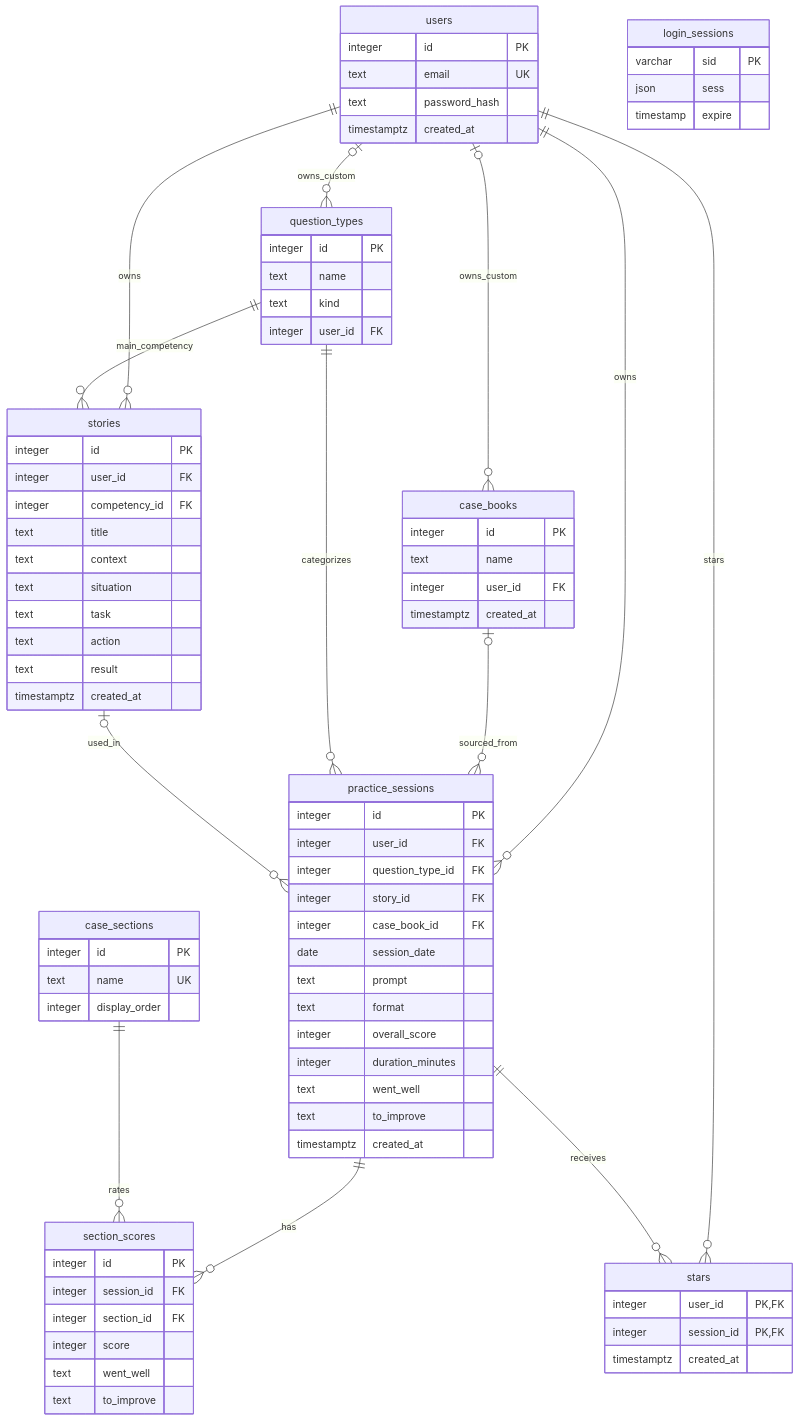
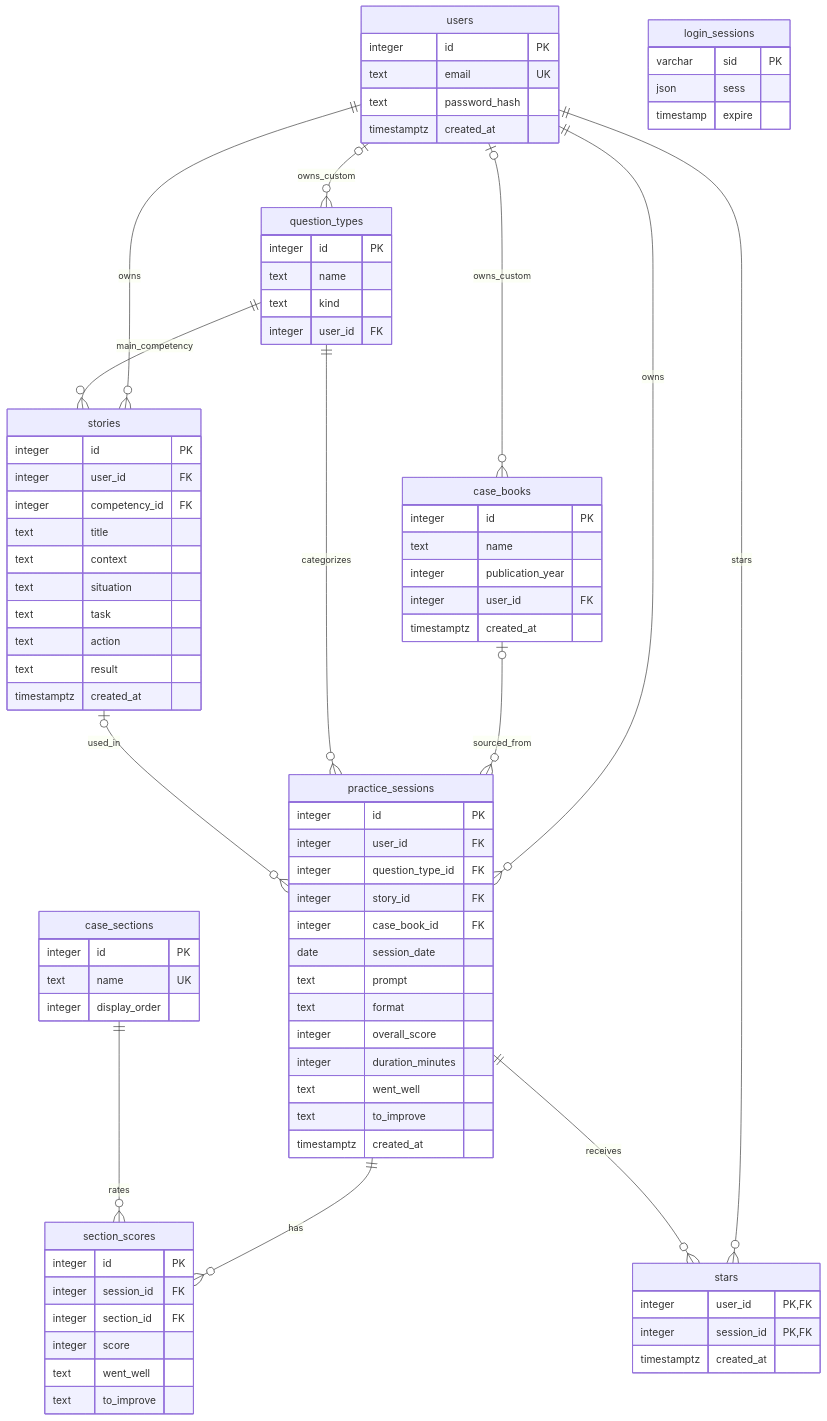
The diagram in schema.md (dshimada98/interviewprep), drawn with Mermaid before and after one commit. The commit also changed other lines of this file and 18 other files, not shown here.

First line of the commit message:
Update interview prep case book schema and UI components

```diff
--- a/schema.md
+++ b/schema.md
@@ -185,6 +195,7 @@
     case_books {
         integer id PK
         text name
+        integer publication_year
         integer user_id FK
         timestamptz created_at
     }
```
